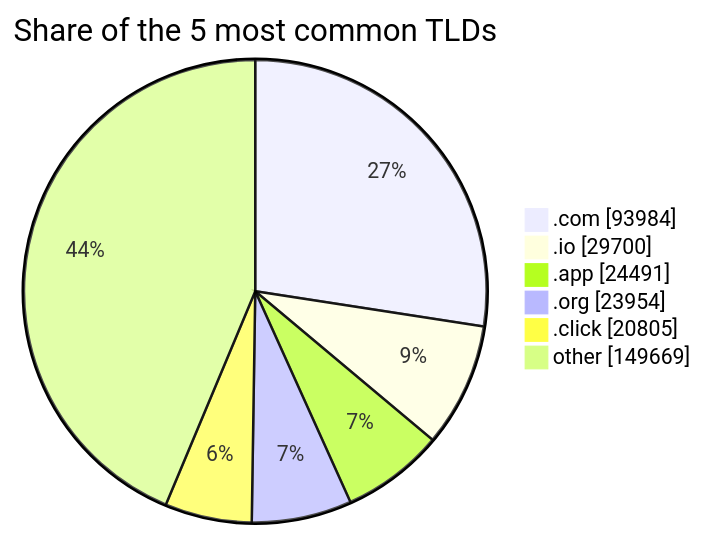
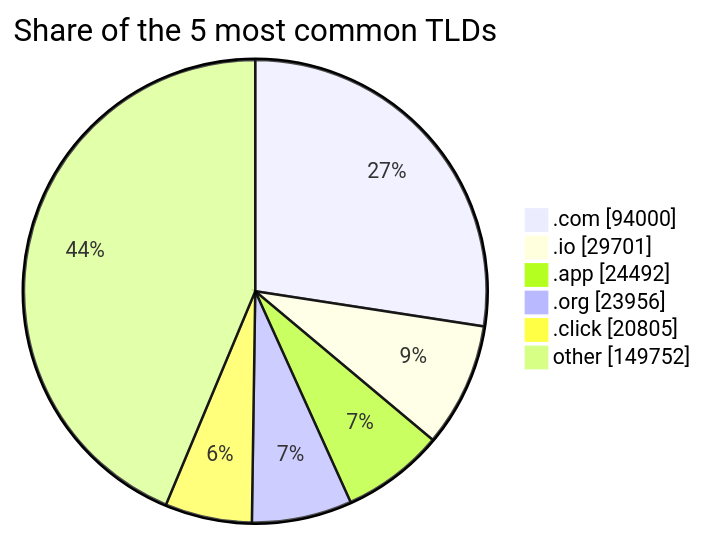
The third of 3 diagrams in README.md (DNSBunker/CTI), drawn with Mermaid before and after one commit. The commit also changed other lines of this file and 3 other files, not shown here.

````diff
--- a/README.md
+++ b/README.md
@@ -81,9 +81,9 @@
 ```mermaid
 pie showData title Share of the 5 most common TLDs
-    ".com" : 93984
-    ".io" : 29700
-    ".app" : 24491
-    ".org" : 23954
+    ".com" : 94000
+    ".io" : 29701
+    ".app" : 24492
+    ".org" : 23956
     ".click" : 20805
-    "other" : 149669
+    "other" : 149752
 ```
````
